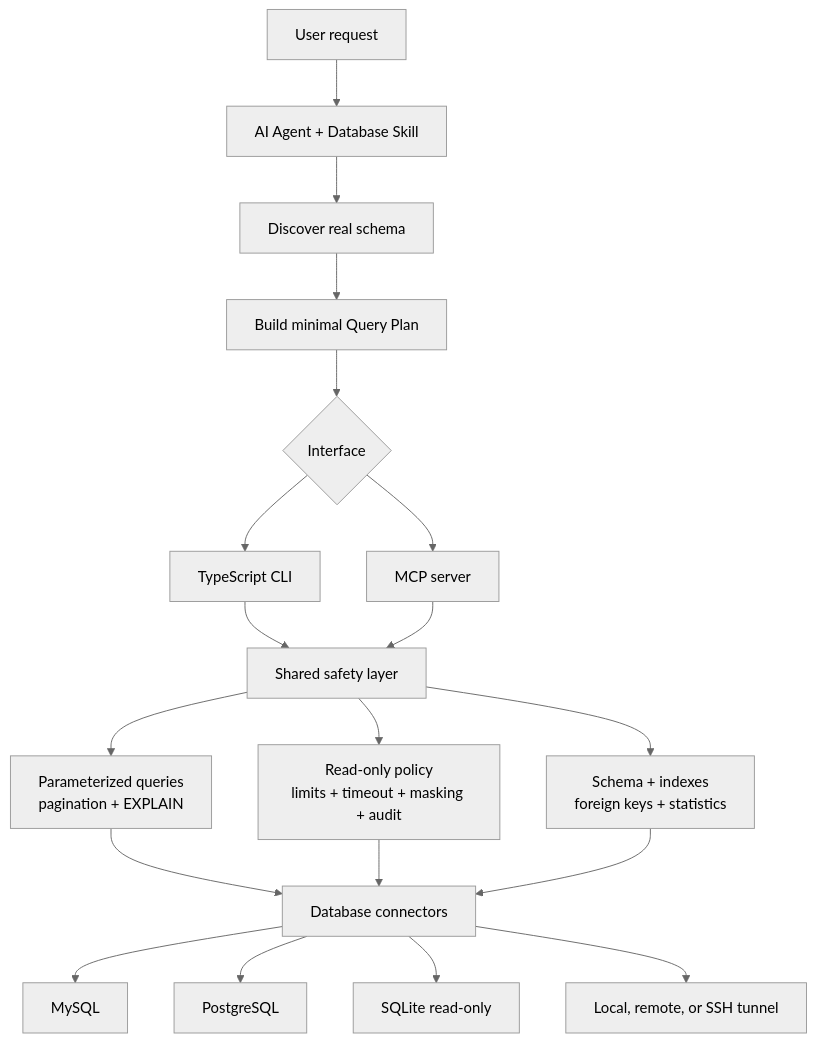
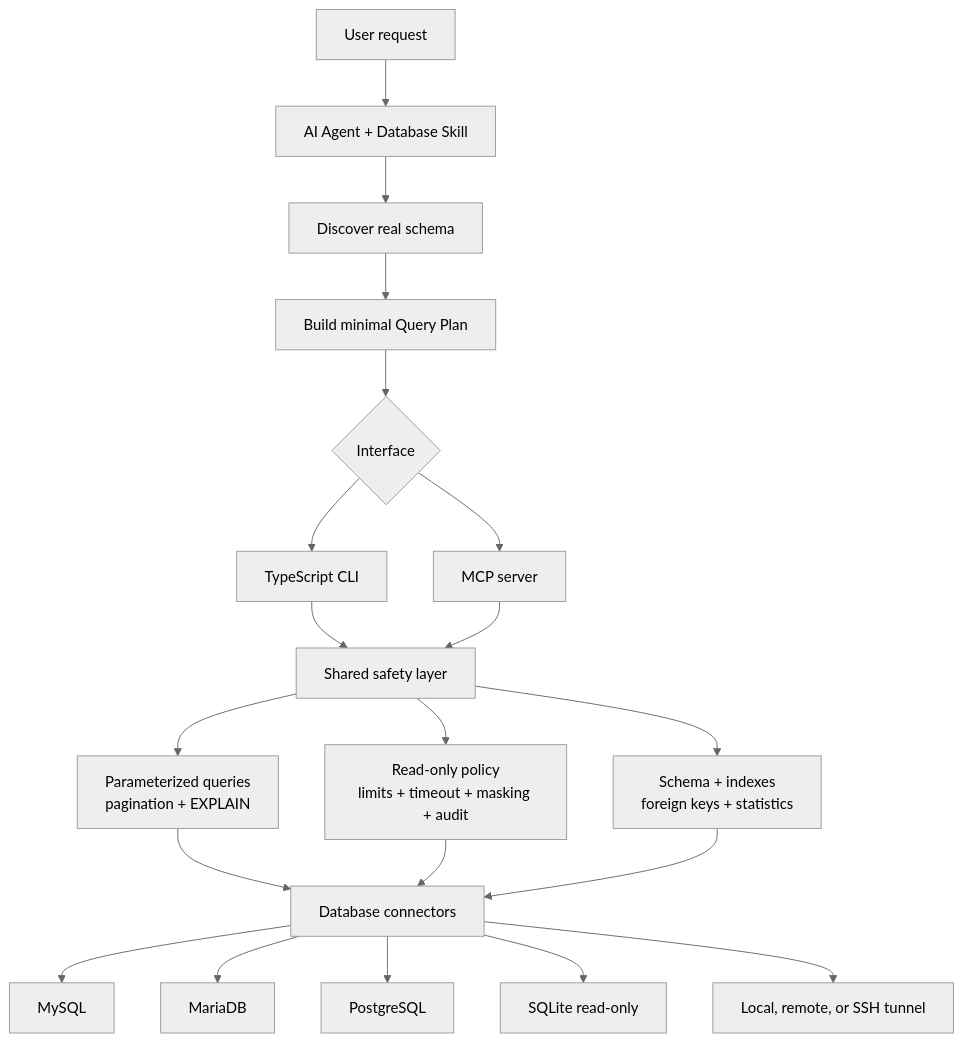
Before and after one commit to yueseqaz/sakura-database-skill: the diagram in README.md, drawn with Mermaid (neutral theme). The commit also changed other lines of this file and 20 other files, not shown here.

````diff
--- a/README.md
+++ b/README.md
@@ -11,23 +11,24 @@
 ```mermaid
 flowchart TD
     U["User request"] --> A["AI Agent + Database Skill"]
     A --> D["Discover real schema"]
     D --> P["Build minimal Query Plan"]
     P --> I{"Interface"}
     I --> CLI["TypeScript CLI"]
     I --> MCP["MCP server"]
     CLI --> S["Shared safety layer"]
     MCP --> S
 
     S --> Q["Parameterized queries<br/>pagination + EXPLAIN"]
     S --> G["Read-only policy<br/>limits + timeout + masking + audit"]
     S --> M["Schema + indexes<br/>foreign keys + statistics"]
 
     Q --> C["Database connectors"]
     G --> C
     M --> C
     C --> MY["MySQL"]
+    C --> MA["MariaDB"]
     C --> PG["PostgreSQL"]
     C --> SQ["SQLite read-only"]
     C --> SSH["Local, remote, or SSH tunnel"]
 ```
````
